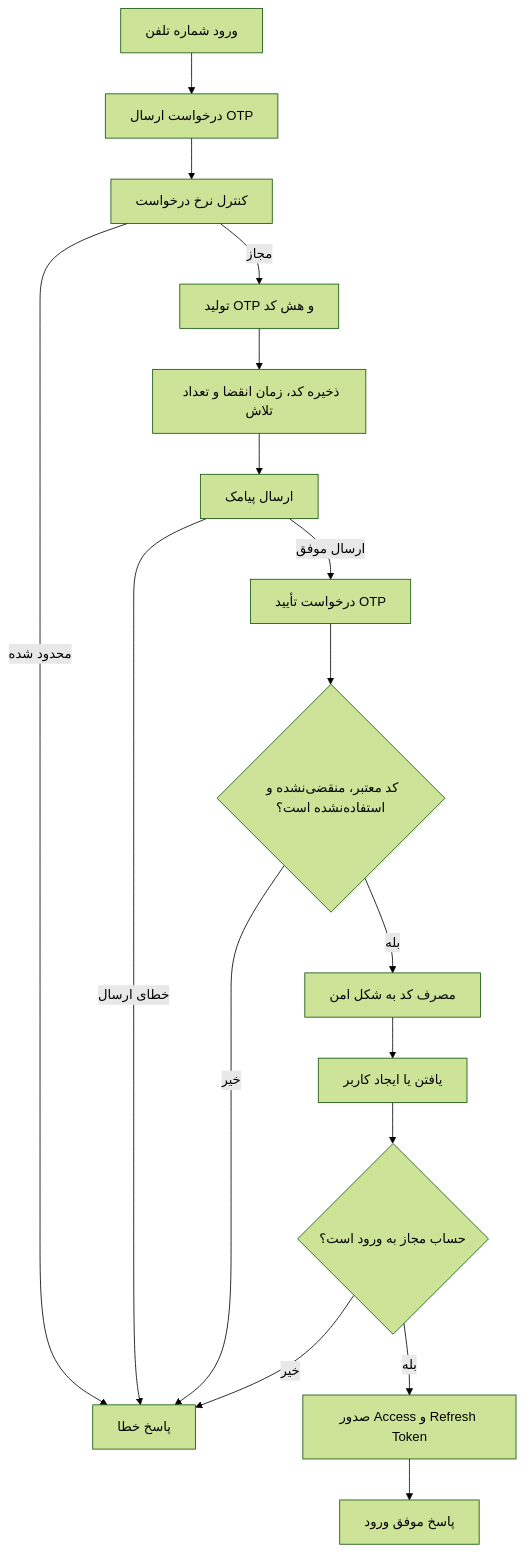
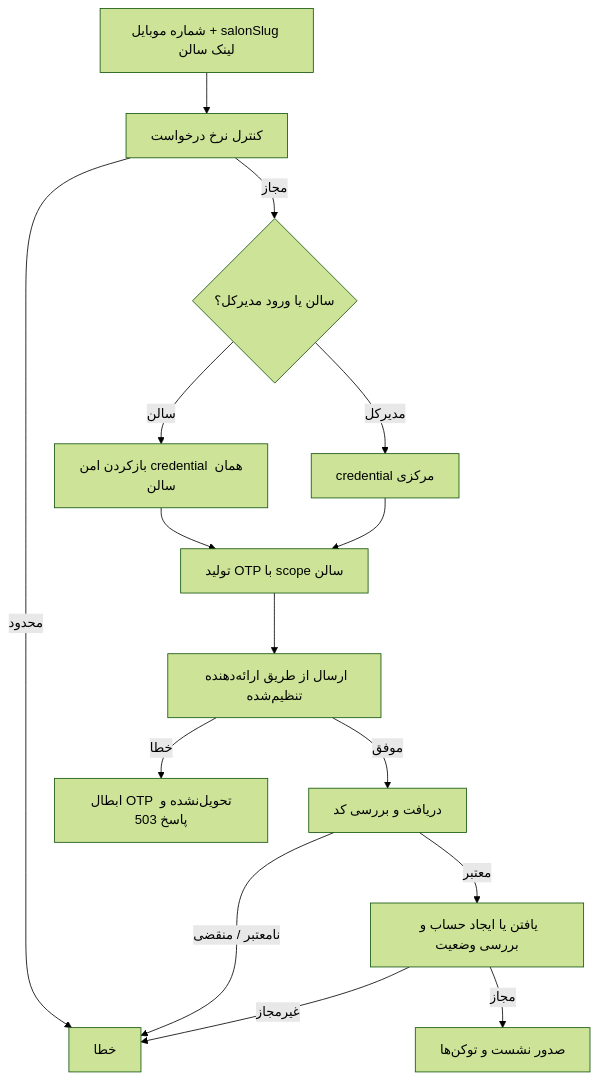
Before and after one commit to alimh17/barber-shop: the fourth of 8 diagrams in docs/system-flow.md, drawn with Mermaid (forest theme). The commit also changed other lines of this file and 134 other files, not shown here.

````diff
--- a/docs/system-flow.md
+++ b/docs/system-flow.md
@@ -98,27 +101,17 @@
 ```mermaid
 flowchart TD
-    USER["ورود شماره تلفن"]
-    REQUEST["درخواست ارسال OTP"]
-    LIMIT["کنترل نرخ درخواست"]
-    GENERATE["تولید OTP و هش کد"]
-    STORE["ذخیره کد، زمان انقضا و تعداد تلاش"]
-    SMS["ارسال پیامک"]
-    VERIFY["درخواست تأیید OTP"]
-    CHECK{"کد معتبر، منقضی‌نشده و استفاده‌نشده است؟"}
-    CONSUME["مصرف کد به شکل امن"]
-    ACCOUNT["یافتن یا ایجاد کاربر"]
-    ACTIVE{"حساب مجاز به ورود است؟"}
-    TOKEN["صدور Access و Refresh Token"]
-    DONE["پاسخ موفق ورود"]
-    ERROR["پاسخ خطا"]
-
-    USER --> REQUEST --> LIMIT
-    LIMIT -->|محدود شده| ERROR
-    LIMIT -->|مجاز| GENERATE --> STORE --> SMS
-    SMS -->|خطای ارسال| ERROR
-    SMS -->|ارسال موفق| VERIFY --> CHECK
-    CHECK -->|خیر| ERROR
-    CHECK -->|بله| CONSUME --> ACCOUNT --> ACTIVE
-    ACTIVE -->|خیر| ERROR
-    ACTIVE -->|بله| TOKEN --> DONE
+    PHONE["شماره موبایل + salonSlug لینک سالن"] --> LIMIT["کنترل نرخ درخواست"]
+    LIMIT -->|محدود| ERROR["خطا"]
+    LIMIT -->|مجاز| ROUTE{"سالن یا ورود مدیرکل؟"}
+    ROUTE -->|سالن| TENANT["بازکردن امن credential همان سالن"]
+    ROUTE -->|مدیرکل| PLATFORM["credential مرکزی"]
+    TENANT --> CODE["تولید OTP با scope سالن"]
+    PLATFORM --> CODE
+    CODE --> SEND["ارسال از طریق ارائه‌دهنده تنظیم‌شده"]
+    SEND -->|خطا| INVALIDATE["ابطال OTP تحویل‌نشده و پاسخ 503"]
+    SEND -->|موفق| VERIFY["دریافت و بررسی کد"]
+    VERIFY -->|نامعتبر / منقضی| ERROR
+    VERIFY -->|معتبر| USER["یافتن یا ایجاد حساب و بررسی وضعیت"]
+    USER -->|غیرمجاز| ERROR
+    USER -->|مجاز| TOKEN["صدور نشست و توکن‌ها"]
 ```
````
